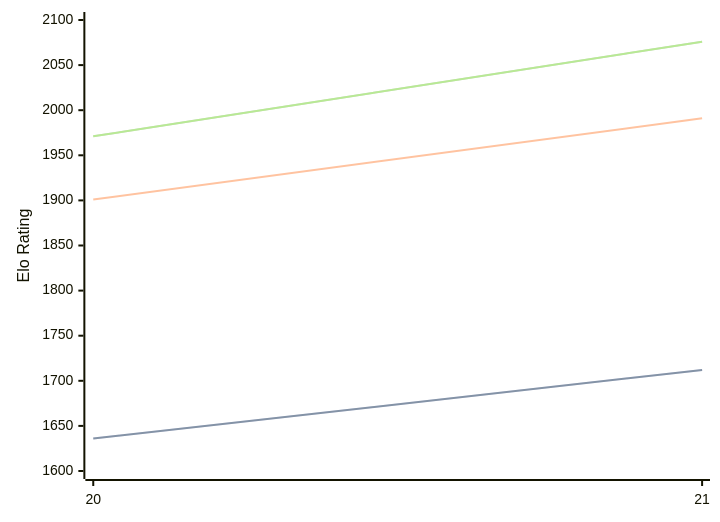
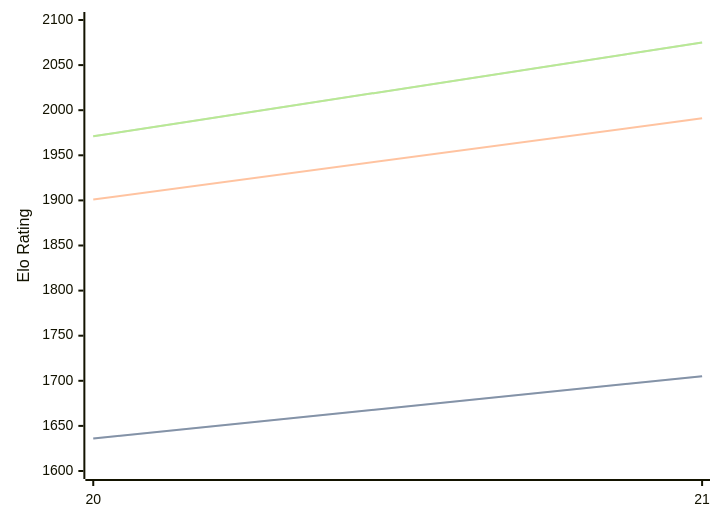
One commit to computer-chess-index/cci changed the diagram in engines/PurplePanda.md. Above: the diagram before and after it, drawn with Mermaid. The commit also changed other lines of this file, not shown here.

Commit message:
Update CCI Ratings (ELO VLTC) - 2026-08-06

````diff
--- a/engines/PurplePanda.md
+++ b/engines/PurplePanda.md
@@ -40,11 +40,11 @@
 ```mermaid
 %%{init: {"theme":"base","themeVariables":{"seriesColors:['#a3a3a3','#222221','#faa371']}}}%%
 xychart-beta
   x-axis ["20", "21"]
   y-axis "Elo Rating" 1600 --> 2100
-  line "STC (8.0+0.08s)" [1636, 1712]
-  line "STC (8.0+0.08s)" [1636, 1712]
+  line "STC (8.0+0.08s)" [1636, 1705]
+  line "STC (8.0+0.08s)" [1636, 1705]
   line "LTC (60.0+0.60s)" [1901, 1991]
-  line "VLTC (2m24s+1.12s)" [1971, 2076]
-  line "VLTC (2m24s+1.12s)" [1971, 2076]
+  line "VLTC (2m24s+1.12s)" [1971, 2075]
+  line "VLTC (2m24s+1.12s)" [1971, 2075]
 ```
````
